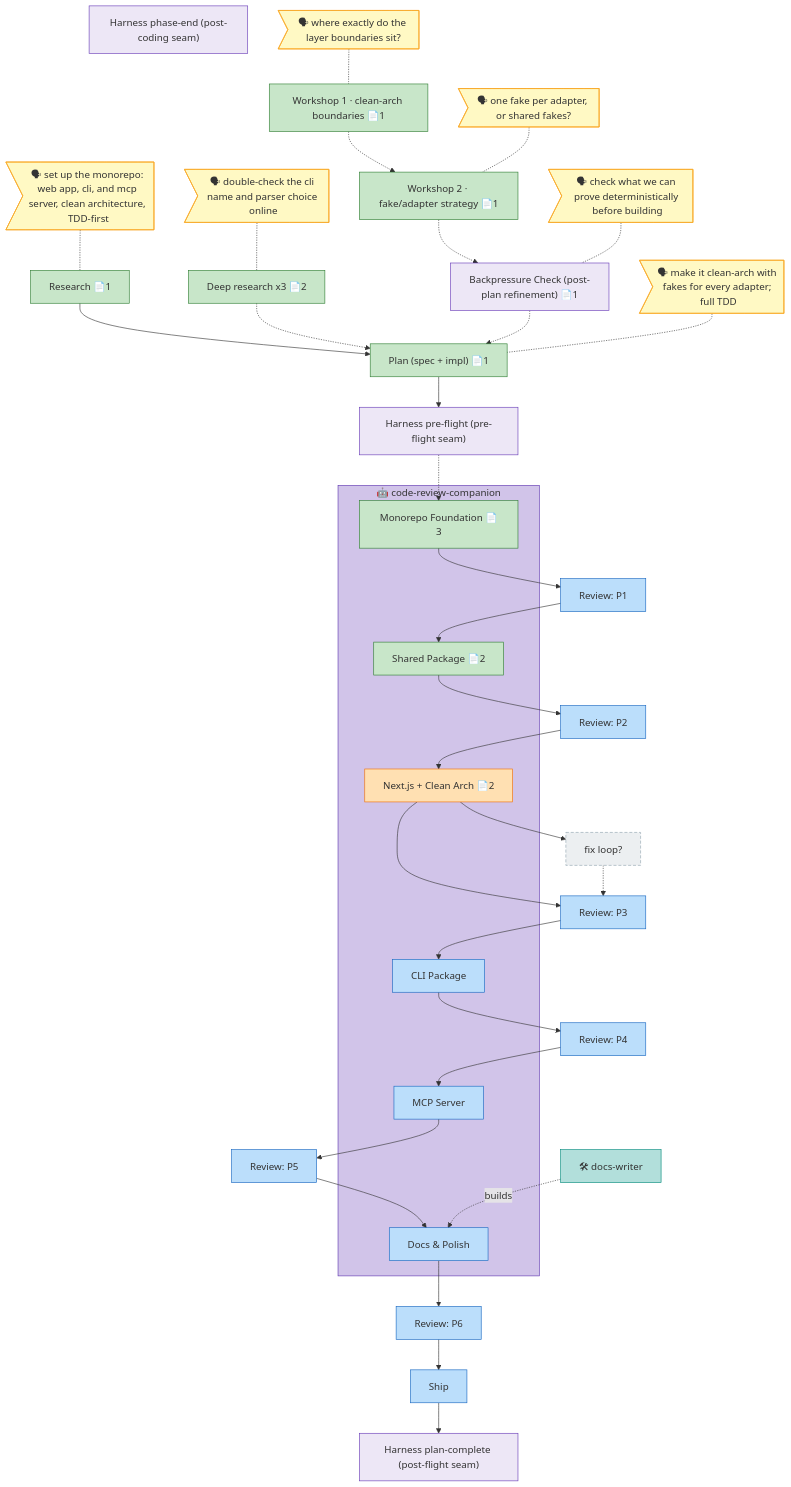
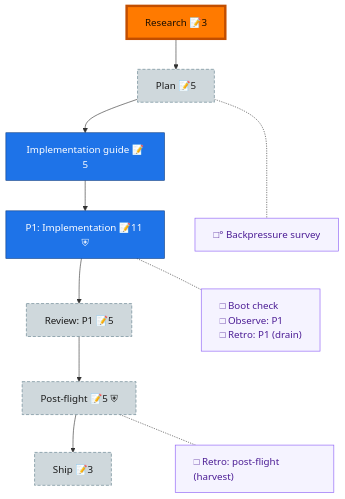
Before and after one commit to AI-Substrate/harness-engineering: the diagram in skills/builder/references/flight-plan.example.md, drawn with Mermaid. The commit also changed other lines of this file and 144 other files, not shown here.

Commit message:
feat(builder): ship architecture-led team workflow for dogfooding

````diff
--- a/skills/builder/references/flight-plan.example.md
+++ b/skills/builder/references/flight-plan.example.md
@@ -8,88 +8,31 @@
 ```mermaid
 flowchart TD
-    research["Research 📄1"]:::done
-    plan["Plan (spec + impl) 📄1"]:::done
-    p1["Monorepo Foundation 📄3"]:::done
-    review1["Review: P1"]:::known
-    p2["Shared Package 📄2"]:::done
-    review2["Review: P2"]:::known
-    p3["Next.js + Clean Arch 📄2"]:::wip
-    review3["Review: P3"]:::known
-    p4["CLI Package"]:::known
-    review4["Review: P4"]:::known
-    p5["MCP Server"]:::known
-    review5["Review: P5"]:::known
-    p6["Docs & Polish"]:::known
-    review6["Review: P6"]:::known
-    ship["Ship"]:::known
+    research["Research 📝3"]:::wip
+    plan["Plan 📝5"]:::assumed
+    impl_guide["Implementation guide 📝5"]:::known
+    phase_1["P1: Implementation 📝11 ⛨"]:::known
+    review_1["Review: P1 📝5"]:::assumed
+    post_flight["Post-flight 📝5 ⛨"]:::assumed
+    ship["Ship 📝3"]:::assumed
 
-    research --> plan
-    plan --> hb
-    p1 --> review1
-    review1 --> p2
-    p2 --> review2
-    review2 --> p3
-    p3 --> fx3
-    p3 --> review3
-    review3 --> p4
-    p4 --> review4
-    review4 --> p5
-    p5 --> review5
-    review5 --> p6
-    p6 --> review6
-    review6 --> ship
-    ship --> hh
+    research --> plan --> impl_guide --> phase_1 --> review_1 --> post_flight --> ship
 
-    dr["Deep research x3 📄2"]:::done
-    ws1["Workshop 1 · clean-arch boundaries 📄1"]:::done
-    ws2["Workshop 2 · fake/adapter strategy 📄1"]:::done
-    bp["Backpressure Check (post-plan refinement) 📄1"]:::harness
-    hb["Harness pre-flight (pre-flight seam)"]:::harness
-    fx3["fix loop?"]:::assumed
-    hr2["Harness phase-end (post-coding seam)"]:::harness
-    hh["Harness plan-complete (post-flight seam)"]:::harness
-    dr -.-> plan
-    ws1 -.-> ws2
-    ws2 -.-> bp
-    bp -.-> plan
-    hb -.-> p1
-    fx3 -.-> review3
+    planC["□° Backpressure survey"]:::chore
+    phase_1C["□ Boot check<br/>□ Observe: P1<br/>□ Retro: P1 (drain)"]:::chore
+    post_flightC["□ Retro: post-flight (harvest)"]:::chore
 
-    say_research>"🗣 set up the monorepo: web app, cli, and mcp server, clean architecture, TDD-first"]:::said
-    say_research -.- research
-    say_dr>"🗣 double-check the cli name and parser choice online"]:::said
-    say_dr -.- dr
-    say_ws1>"🗣 where exactly do the layer boundaries sit?"]:::said
-    say_ws1 -.- ws1
-    say_ws2>"🗣 one fake per adapter, or shared fakes?"]:::said
-    say_ws2 -.- ws2
-    say_bp>"🗣 check what we can prove deterministically before building"]:::said
-    say_bp -.- bp
-    say_plan>"🗣 make it clean-arch with fakes for every adapter; full TDD"]:::said
-    say_plan -.- plan
+    %% invisible chain holds the gutter boxes in their own column
+    planC ~~~ phase_1C ~~~ post_flightC
 
-    subgraph cmp_code_review_companion["🤖 code-review-companion"]
-      p1
-      p2
-      p3
-      p4
-      p5
-      p6
-    end
-    style cmp_code_review_companion fill:#D1C4E9,stroke:#5E35B1
-    wrk_docs_writer["🛠 docs-writer"]:::worker
-    wrk_docs_writer -. builds .-> p6
+    %% dotted links pull each gutter box beside its node
+    plan -.- planC
+    phase_1 -.- phase_1C
+    post_flight -.- post_flightC
 
-    classDef done fill:#C8E6C9,stroke:#2E7D32;
-    classDef wip fill:#FFE0B2,stroke:#EF6C00;
-    classDef blocked fill:#FFCDD2,stroke:#C62828;
-    classDef known fill:#BBDEFB,stroke:#1565C0;
-    classDef assumed fill:#ECEFF1,stroke:#90A4AE,stroke-dasharray:5 3;
-    classDef said fill:#FFF9C4,stroke:#F9A825;
-    classDef harness fill:#EDE7F6,stroke:#673AB7;
-    classDef decision fill:#FFF3E0,stroke:#FB8C00,stroke-dasharray:2 2;
-    classDef companion fill:#D1C4E9,stroke:#5E35B1;
-    classDef worker fill:#B2DFDB,stroke:#00897B;
-    classDef chore fill:#E0F2F1,stroke:#00897B,stroke-dasharray:3 2;
-    classDef unknown fill:#FAFAFA,stroke:#BDBDBD,stroke-dasharray:1 4;
+    classDef wip fill:#43C04A,stroke:#1B7F2E,color:#04210A;
+    classDef known fill:#1E73E8,stroke:#0D3F86,color:#fff;
+    classDef assumed fill:#CFD8DC,stroke:#607D8B,color:#1a1a1a,stroke-dasharray:5 3;
+    classDef chore fill:#f5f3ff,stroke:#8b5cf6,color:#4c1d95,text-align:left;
+    classDef current fill:#FF7A00,stroke:#C24E00,color:#1a0e00,stroke-width:4px;
+    class research current;
 ```
````
